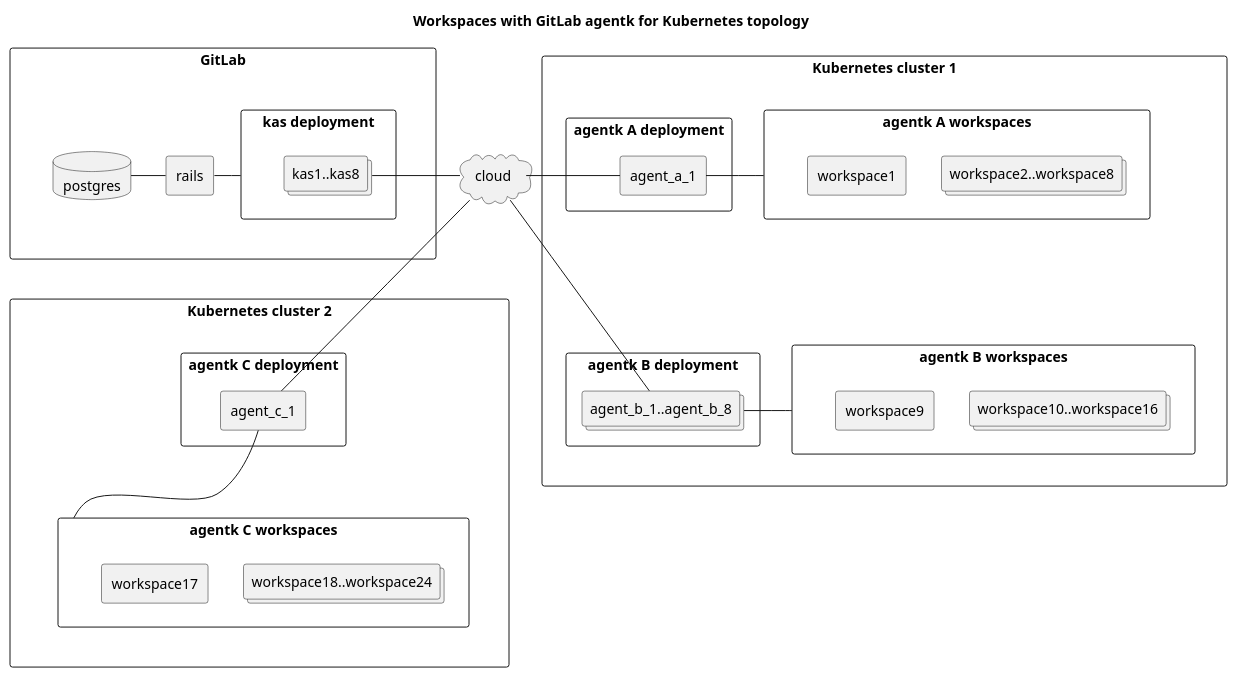
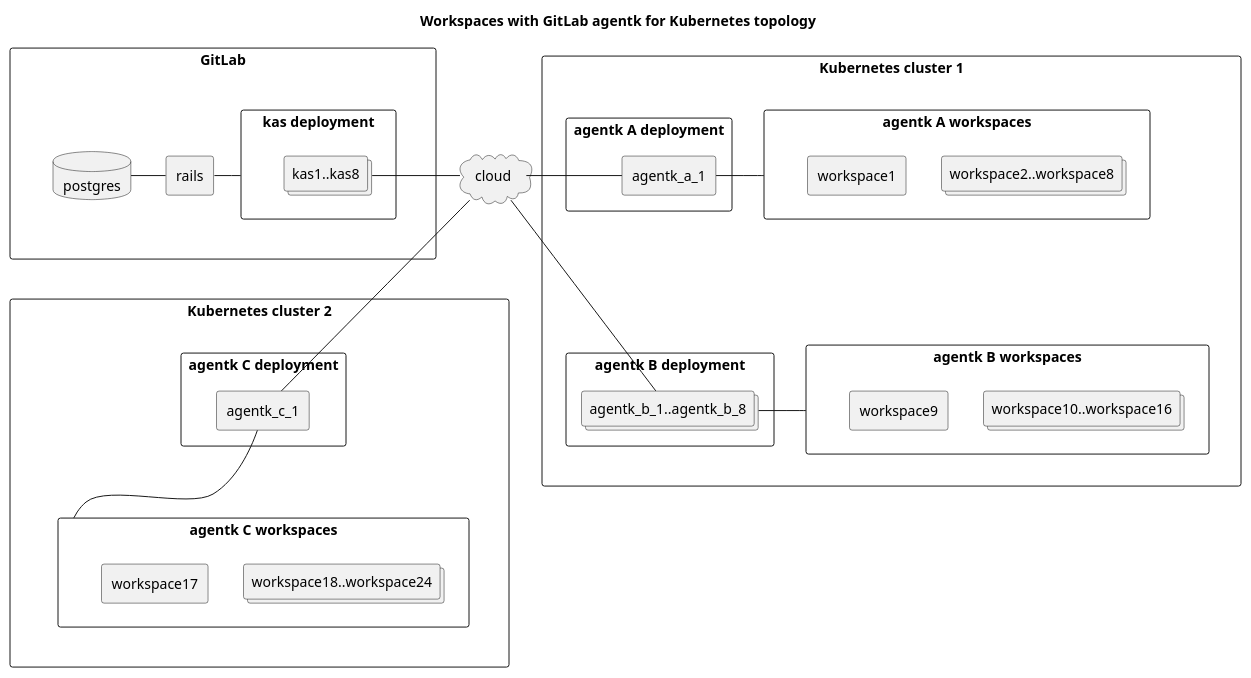
The fourth of 7 diagrams in content/handbook/engineering/architecture/design-documents/workspaces/architecture_kubernetes_setup.md (zalyoung/gitlab-handbook), drawn with PlantUML before and after one commit. The commit also changed other lines of this file and 3 other files, not shown here.

Commit message:
Break down Workspaces system design

````diff
--- a/content/handbook/engineering/architecture/design-documents/workspaces/architecture_kubernetes_setup.md
+++ b/content/handbook/engineering/architecture/design-documents/workspaces/architecture_kubernetes_setup.md
@@ -85,69 +124,69 @@
 ```plantuml
 @startuml
 
 title
   Workspaces with GitLab agentk for Kubernetes topology
 end title
 
 rectangle "GitLab" as gitlab {
   rectangle "kas deployment" as kas_deployment {
       collections kas1..kas8
   }
   rectangle rails
   database postgres
 
   kas_deployment - rails
   rails -left- postgres
 }
 
 rectangle "Kubernetes cluster 1" as kubernetes1 {
-  rectangle "agentk A workspaces" as agent_a_workspaces {
+  rectangle "agentk A workspaces" as agentk_a_workspaces {
     collections workspace2..workspace8
     rectangle workspace1
   }
 
-  rectangle "agentk B workspaces" as agent_b..agent_b_8_workspaces {
+  rectangle "agentk B workspaces" as agentk_b..agentk_b_8_workspaces {
     collections workspace10..workspace16
     rectangle workspace9
   }
 
-  rectangle "agentk A deployment" as agent_a_deployment {
-    rectangle agent_a_1
+  rectangle "agentk A deployment" as agentk_a_deployment {
+    rectangle agentk_a_1
   }
 
-  rectangle "agentk B deployment" as agent_b_deployment {
-    collections agent_b_1..agent_b_8
+  rectangle "agentk B deployment" as agentk_b_deployment {
+    collections agentk_b_1..agentk_b_8
   }
 
-  agent_a_1 - agent_a_workspaces
-  agent_b_1..agent_b_8 - agent_b..agent_b_8_workspaces
+  agentk_a_1 - agentk_a_workspaces
+  agentk_b_1..agentk_b_8 - agentk_b..agentk_b_8_workspaces
 }
 
 rectangle "Kubernetes cluster 2" as kubernetes2 {
-  rectangle "agentk C workspaces" as agent_c_workspaces {
+  rectangle "agentk C workspaces" as agentk_c_workspaces {
     collections workspace18..workspace24
     rectangle workspace17
   }
 
-  rectangle "agentk C deployment" as agent_c_deployment {
-    rectangle agent_c_1
+  rectangle "agentk C deployment" as agentk_c_deployment {
+    rectangle agentk_c_1
   }
 
-  agent_c_1 -down- agent_c_workspaces
+  agentk_c_1 -down- agentk_c_workspaces
 }
 
 
 cloud cloud
 
 cloud - kas1..kas8
-cloud - agent_a_1
-cloud - agent_b_1..agent_b_8
-cloud - agent_c_1
+cloud - agentk_a_1
+cloud - agentk_b_1..agentk_b_8
+cloud - agentk_c_1
 
 
 'the following hidden line is a hack to get the diagram to render correctly
-agent_a_1 -[hidden]- agent_b_1..agent_b_8
+agentk_a_1 -[hidden]- agentk_b_1..agentk_b_8
 gitlab -[hidden]d- kubernetes2
 
 @enduml
 ```
````
